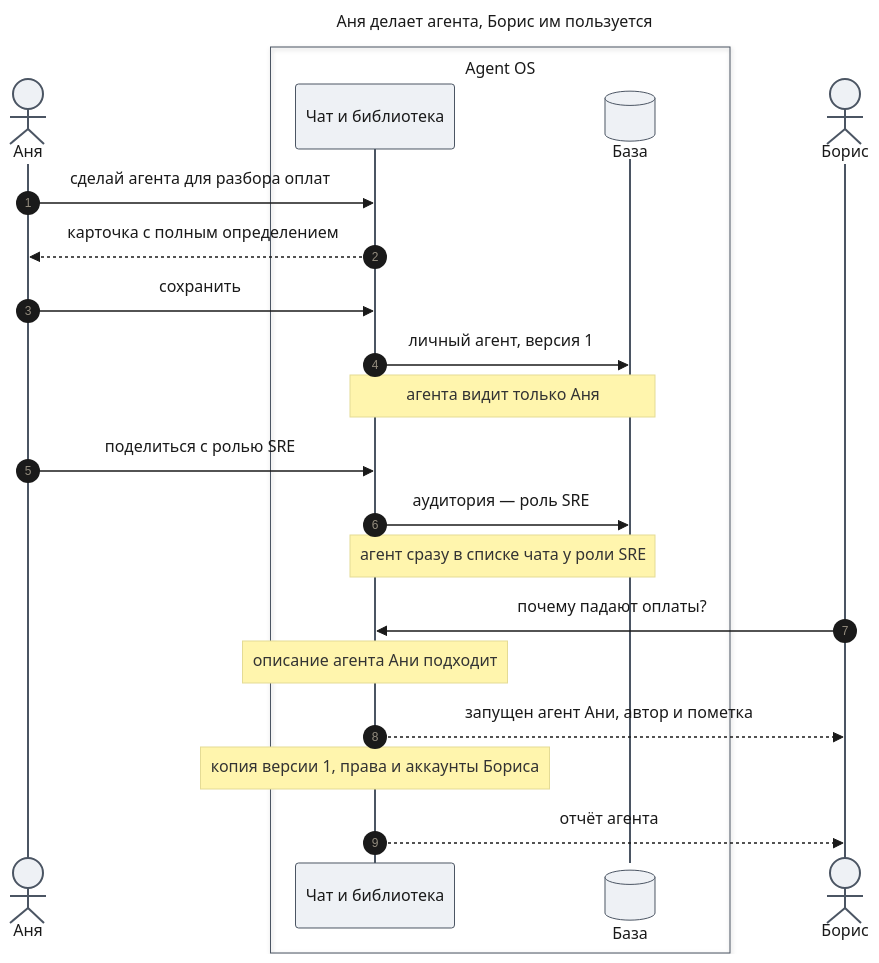
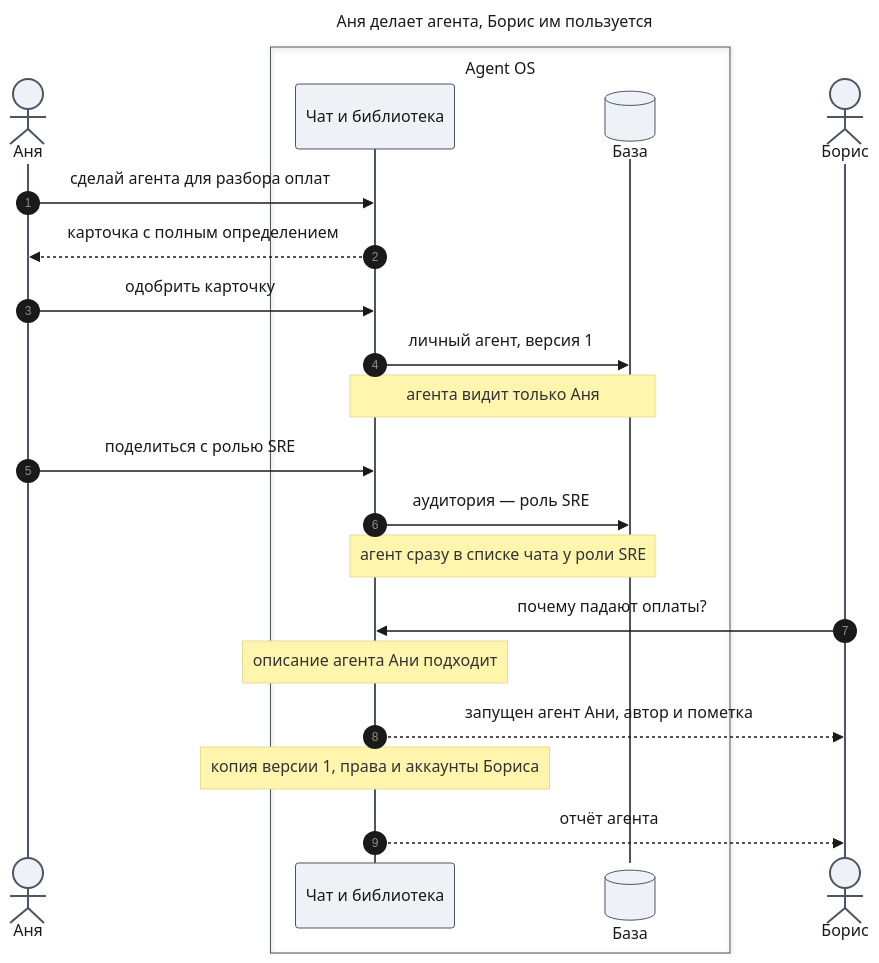
The third of 5 diagrams in docs/features/custom-agents/prd.md (tundraray/agent-os), drawn with Mermaid before and after one commit. The commit also changed other lines of this file and 1225 other files, not shown here.

````diff
--- a/docs/features/custom-agents/prd.md
+++ b/docs/features/custom-agents/prd.md
@@ -169,46 +167,46 @@
 ```mermaid
 ---
 title: "Аня делает агента, Борис им пользуется"
 config:
   theme: base
   look: classic
   themeVariables:
     primaryColor: "#eef1f5"
     primaryBorderColor: "#4b5563"
     primaryTextColor: "#1a1a1a"
     lineColor: "#6b7280"
   themeCSS: |
     @keyframes lit_ab{0%,10%{stroke:#991b1b;stroke-width:6px}11.11%,100%{stroke:#37474f;stroke-width:2px}}
     @keyframes litr_ab{0%,10%{stroke:#1d4ed8;stroke-width:6px}11.11%,100%{stroke:#37474f;stroke-width:2px}}
     .messageLine0[data-id='i1'],.messageLine1[data-id='i1']{animation:lit_ab 10.8s linear 0s infinite}
     .messageLine0[data-id='i2'],.messageLine1[data-id='i2']{animation:litr_ab 10.8s linear 1.2s infinite}
     .messageLine0[data-id='i3'],.messageLine1[data-id='i3']{animation:lit_ab 10.8s linear 2.4s infinite}
     .messageLine0[data-id='i4'],.messageLine1[data-id='i4']{animation:lit_ab 10.8s linear 3.6s infinite}
     .messageLine0[data-id='i6'],.messageLine1[data-id='i6']{animation:lit_ab 10.8s linear 4.8s infinite}
     .messageLine0[data-id='i7'],.messageLine1[data-id='i7']{animation:lit_ab 10.8s linear 6s infinite}
     .messageLine0[data-id='i9'],.messageLine1[data-id='i9']{animation:lit_ab 10.8s linear 7.2s infinite}
     .messageLine0[data-id='i11'],.messageLine1[data-id='i11']{animation:litr_ab 10.8s linear 8.4s infinite}
     .messageLine0[data-id='i13'],.messageLine1[data-id='i13']{animation:litr_ab 10.8s linear 9.6s infinite}
 ---
 sequenceDiagram
     autonumber
     actor A as Аня
     box Agent OS
     participant P as Чат и библиотека
     participant DB@{ "type": "database" } as База
     end
     actor B as Борис
     A->>P: сделай агента для разбора оплат
     P-->>A: карточка с полным определением
-    A->>P: сохранить
+    A->>P: одобрить карточку
     P->>DB: личный агент, версия 1
     Note over P,DB: агента видит только Аня
     A->>P: поделиться с ролью SRE
     P->>DB: аудитория — роль SRE
     Note over P,DB: агент сразу в списке чата у роли SRE
     B->>P: почему падают оплаты?
     Note over P: описание агента Ани подходит
     P-->>B: запущен агент Ани, автор и пометка
     Note over P: копия версии 1, права и аккаунты Бориса
     P-->>B: отчёт агента
 ```
````
